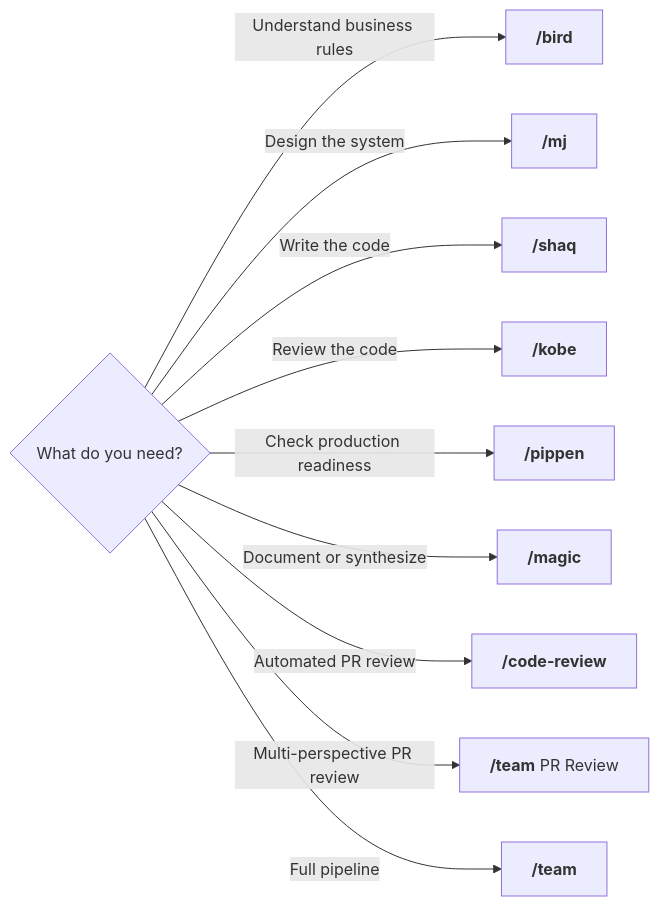
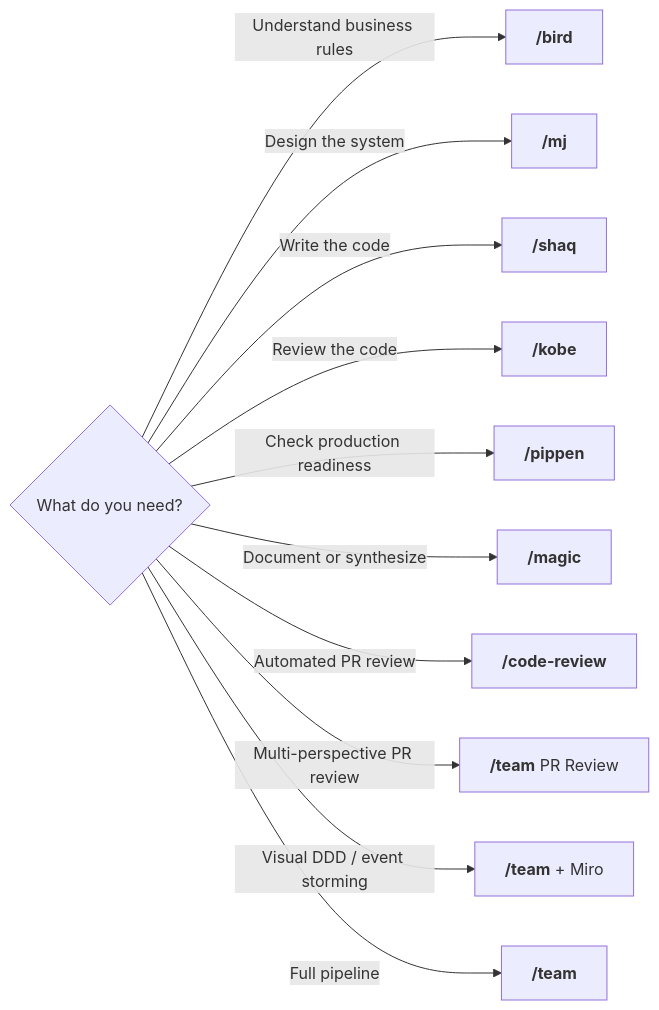
Before and after one commit to bondarewicz/dreamteam: the first of 4 diagrams in README.md, drawn with Mermaid. The commit also changed other lines of this file and 1 other file, not shown here.

First line of the commit message:
docs: Add Miro integration documentation and demo section

````diff
--- a/README.md
+++ b/README.md
@@ -44,13 +44,14 @@
 ```mermaid
 graph LR
     Q{What do you need?}
     Q -->|Understand business rules| bird["`**/bird**`"]
     Q -->|Design the system| mj["`**/mj**`"]
     Q -->|Write the code| shaq["`**/shaq**`"]
     Q -->|Review the code| kobe["`**/kobe**`"]
     Q -->|Check production readiness| pippen["`**/pippen**`"]
     Q -->|Document or synthesize| magic["`**/magic**`"]
     Q -->|Automated PR review| cr["`**/code-review**`"]
     Q -->|Multi-perspective PR review| team_pr["`**/team** PR Review`"]
+    Q -->|Visual DDD / event storming| team_miro["`**/team** + Miro`"]
     Q -->|Full pipeline| team["`**/team**`"]
 ```
````
